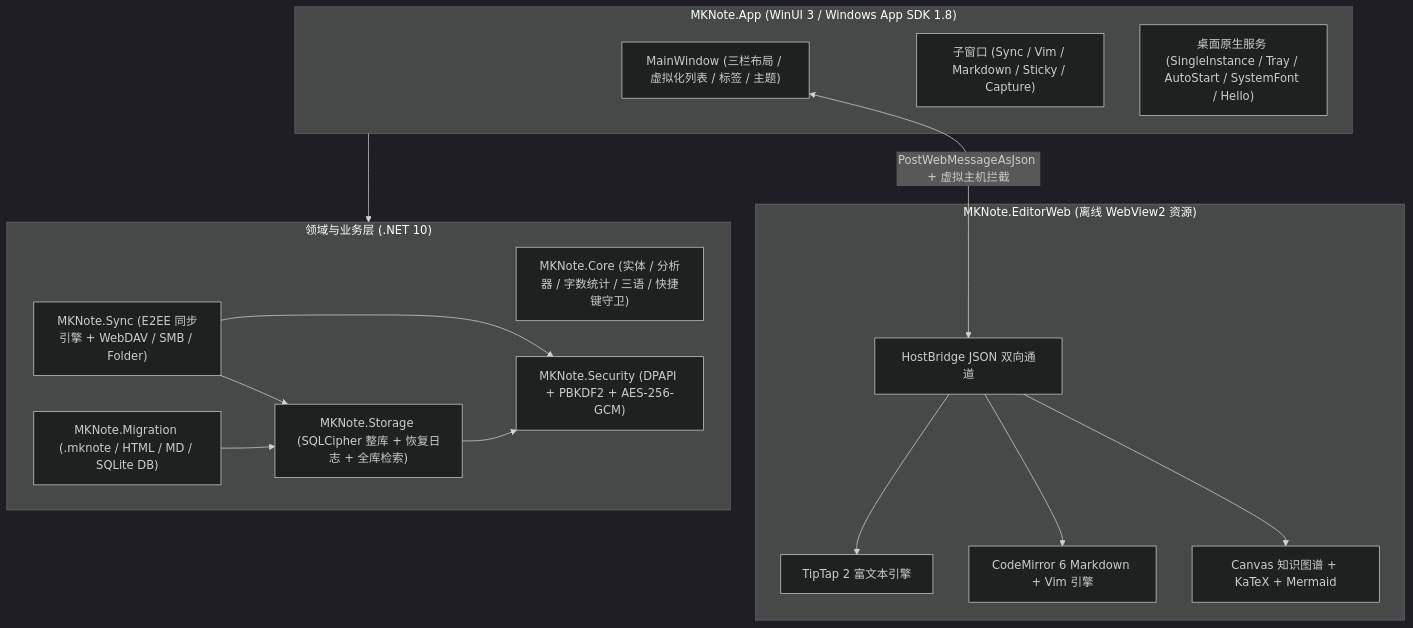
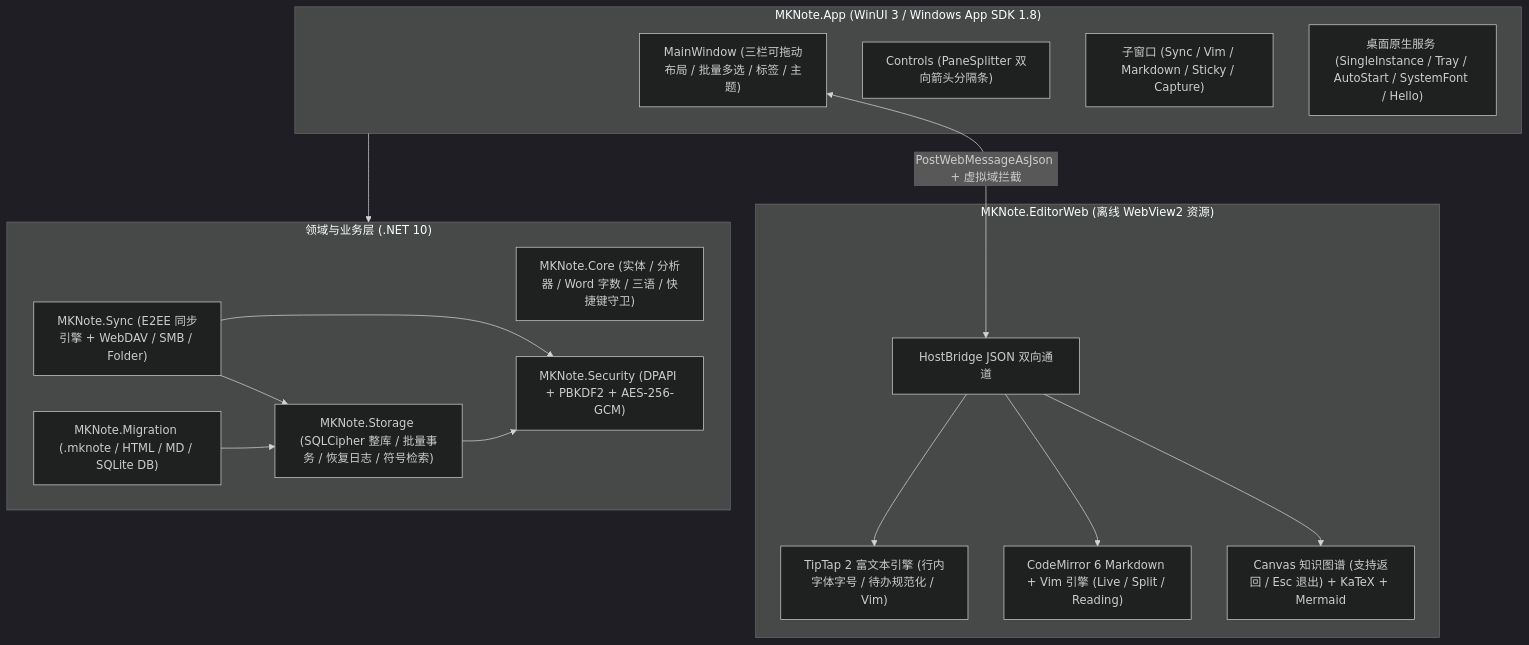
One commit to vicky-clair/xiaorui-mknote changed the diagram in docs/MKNote_Next_Development_Spec.md. Above: the diagram before and after it, drawn with Mermaid (dark theme). The commit also changed other lines of this file and 8 other files, not shown here.

````diff
--- a/docs/MKNote_Next_Development_Spec.md
+++ b/docs/MKNote_Next_Development_Spec.md
@@ -27,33 +27,34 @@
 ```mermaid
 flowchart TB
     subgraph UI["MKNote.App (WinUI 3 / Windows App SDK 1.8)"]
-        MW["MainWindow (三栏布局 / 虚拟化列表 / 标签 / 主题)"]
+        MW["MainWindow (三栏可拖动布局 / 批量多选 / 标签 / 主题)"]
+        CTRL["Controls (PaneSplitter 双向箭头分隔条)"]
         WIN["子窗口 (Sync / Vim / Markdown / Sticky / Capture)"]
         SYS["桌面原生服务 (SingleInstance / Tray / AutoStart / SystemFont / Hello)"]
     end
 
     subgraph WEB["MKNote.EditorWeb (离线 WebView2 资源)"]
         BRIDGE["HostBridge JSON 双向通道"]
-        RICH["TipTap 2 富文本引擎"]
-        MD["CodeMirror 6 Markdown + Vim 引擎"]
-        GRAPH["Canvas 知识图谱 + KaTeX + Mermaid"]
+        RICH["TipTap 2 富文本引擎 (行内字体字号 / 待办规范化 / Vim)"]
+        MD["CodeMirror 6 Markdown + Vim 引擎 (Live / Split / Reading)"]
+        GRAPH["Canvas 知识图谱 (支持返回 / Esc 退出) + KaTeX + Mermaid"]
     end
 
     subgraph CORE["领域与业务层 (.NET 10)"]
-        MCORE["MKNote.Core (实体 / 分析器 / 字数统计 / 三语 / 快捷键守卫)"]
+        MCORE["MKNote.Core (实体 / 分析器 / Word 字数 / 三语 / 快捷键守卫)"]
         MSEC["MKNote.Security (DPAPI + PBKDF2 + AES-256-GCM)"]
-        MSTOR["MKNote.Storage (SQLCipher 整库 + 恢复日志 + 全库检索)"]
+        MSTOR["MKNote.Storage (SQLCipher 整库 / 批量事务 / 恢复日志 / 符号检索)"]
         MSYNC["MKNote.Sync (E2EE 同步引擎 + WebDAV / SMB / Folder)"]
         MMIG["MKNote.Migration (.mknote / HTML / MD / SQLite DB)"]
     end
 
-    MW <-->|"PostWebMessageAsJson + 虚拟主机拦截"| BRIDGE
+    MW <-->|"PostWebMessageAsJson + 虚拟域拦截"| BRIDGE
     BRIDGE --> RICH
     BRIDGE --> MD
     BRIDGE --> GRAPH
     UI --> CORE
     MSTOR --> MSEC
     MSYNC --> MSEC
     MSYNC --> MSTOR
     MMIG --> MSTOR
 ```
````
